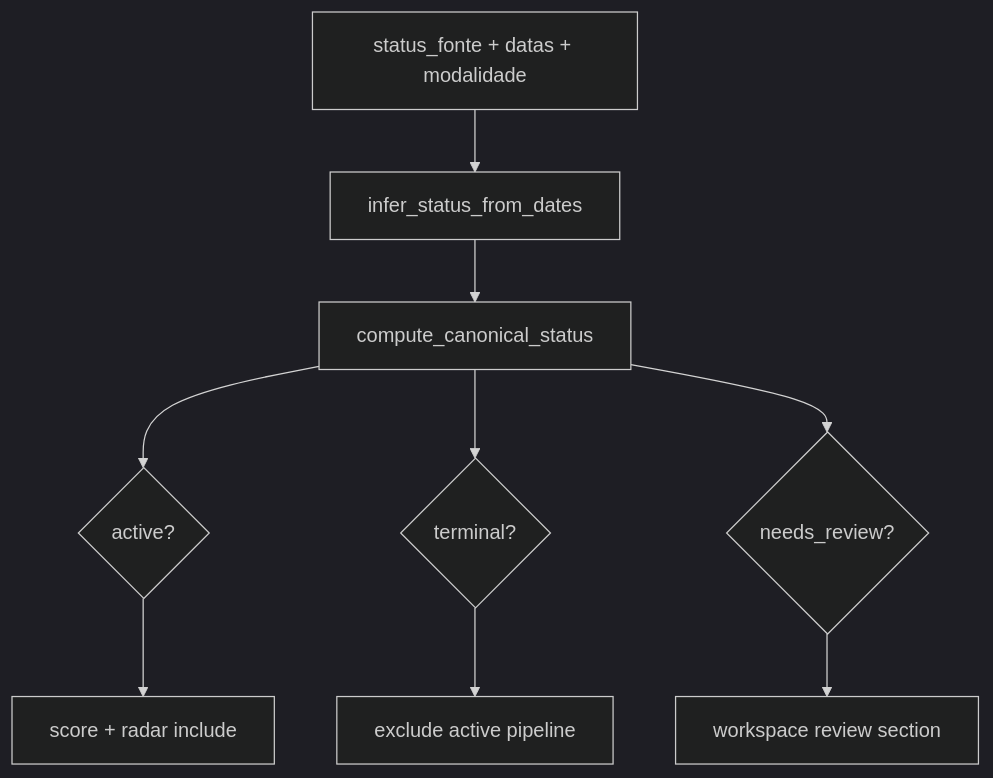
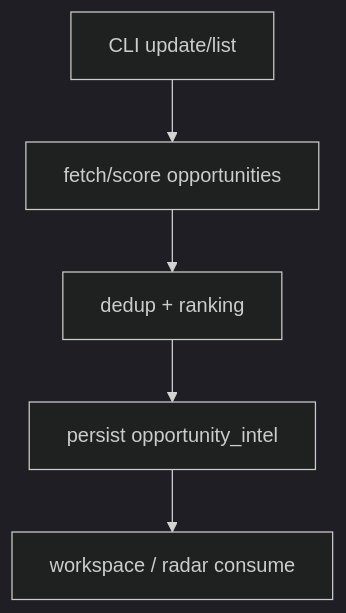
Before and after one commit to tjsasakifln/extra-cli: the diagram in _reversa_sdd/flowcharts/opportunity_intel.md, drawn with Mermaid (dark theme). The commit also changed other lines of this file and 41 other files, not shown here.

````diff
--- a/_reversa_sdd/flowcharts/opportunity_intel.md
+++ b/_reversa_sdd/flowcharts/opportunity_intel.md
@@ -7,11 +5,7 @@
 ```mermaid
 flowchart TD
-    A[status_fonte + datas + modalidade] --> B[infer_status_from_dates]
-    B --> C[compute_canonical_status]
-    C --> D{active?}
-    C --> E{terminal?}
-    C --> F{needs_review?}
-    D --> G[score + radar include]
-    E --> H[exclude active pipeline]
-    F --> I[workspace review section]
+  A[CLI update/list] --> B[fetch/score opportunities]
+  B --> C[dedup + ranking]
+  C --> D[persist opportunity_intel]
+  D --> E[workspace / radar consume]
 ```
````
